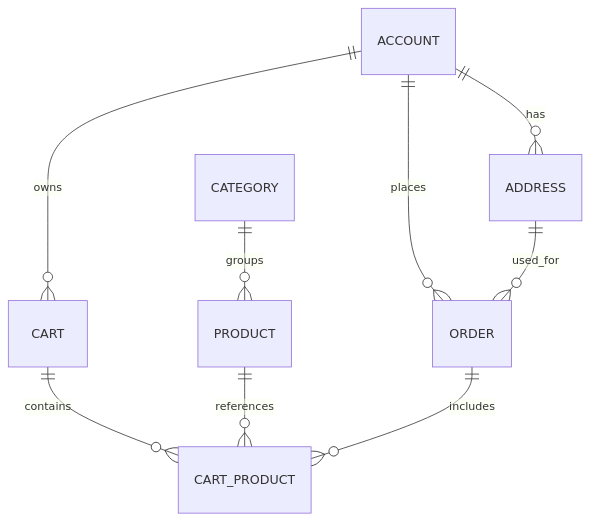
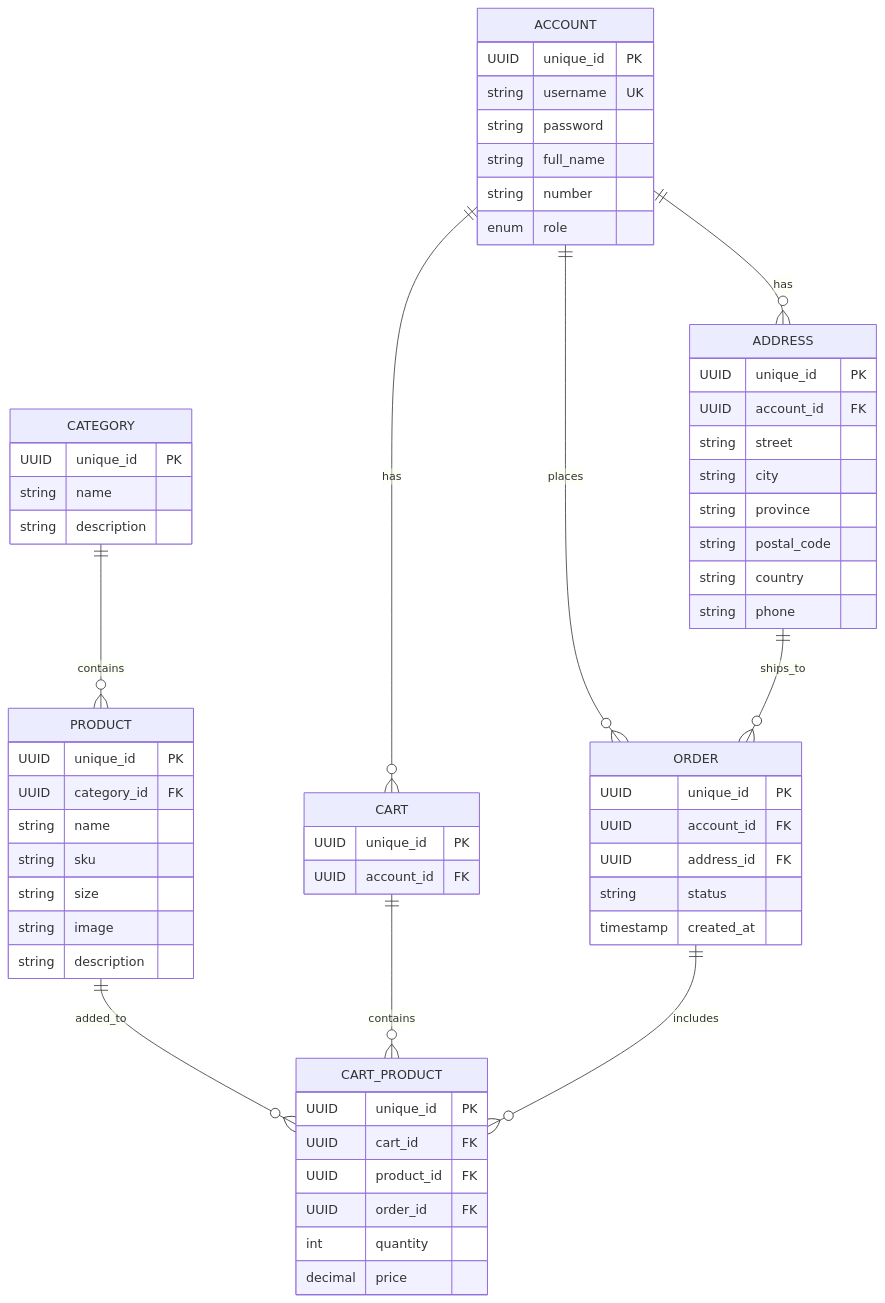
The third of 5 diagrams in docs/technical-design-architecture.md (LuuDinhTheTai/kaffe), drawn with Mermaid before and after one commit. The commit also changed other lines of this file and 8 other files, not shown here.

````diff
--- a/docs/technical-design-architecture.md
+++ b/docs/technical-design-architecture.md
@@ -61,11 +188,69 @@
 ```mermaid
 erDiagram
-    ACCOUNT ||--o{ CART : owns
+    ACCOUNT ||--o{ CART : has
     ACCOUNT ||--o{ ADDRESS : has
     ACCOUNT ||--o{ ORDER : places
-    CATEGORY ||--o{ PRODUCT : groups
+    CATEGORY ||--o{ PRODUCT : contains
+    PRODUCT ||--o{ CART_PRODUCT : added_to
     CART ||--o{ CART_PRODUCT : contains
-    PRODUCT ||--o{ CART_PRODUCT : references
     ORDER ||--o{ CART_PRODUCT : includes
-    ADDRESS ||--o{ ORDER : used_for
+    ADDRESS ||--o{ ORDER : ships_to
+
+    ACCOUNT {
+        UUID unique_id PK
+        string username UK
+        string password
+        string full_name
+        string number
+        enum role
+    }
+
+    CATEGORY {
+        UUID unique_id PK
+        string name
+        string description
+    }
+
+    PRODUCT {
+        UUID unique_id PK
+        UUID category_id FK
+        string name
+        string sku
+        string size
+        string image
+        string description
+    }
+
+    CART {
+        UUID unique_id PK
+        UUID account_id FK
+    }
+
+    CART_PRODUCT {
+        UUID unique_id PK
+        UUID cart_id FK
+        UUID product_id FK
+        UUID order_id FK
+        int quantity
+        decimal price
+    }
+
+    ORDER {
+        UUID unique_id PK
+        UUID account_id FK
+        UUID address_id FK
+        string status
+        timestamp created_at
+    }
+
+    ADDRESS {
+        UUID unique_id PK
+        UUID account_id FK
+        string street
+        string city
+        string province
+        string postal_code
+        string country
+        string phone
+    }
 ```
````
